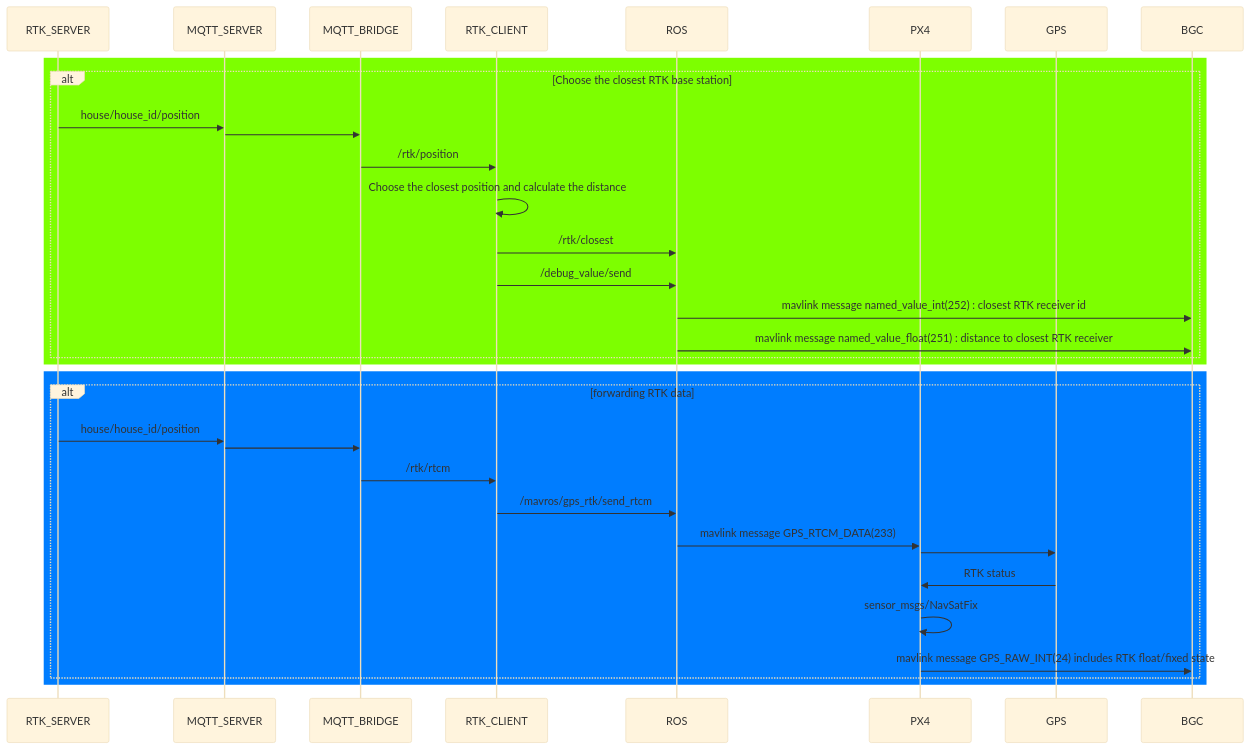
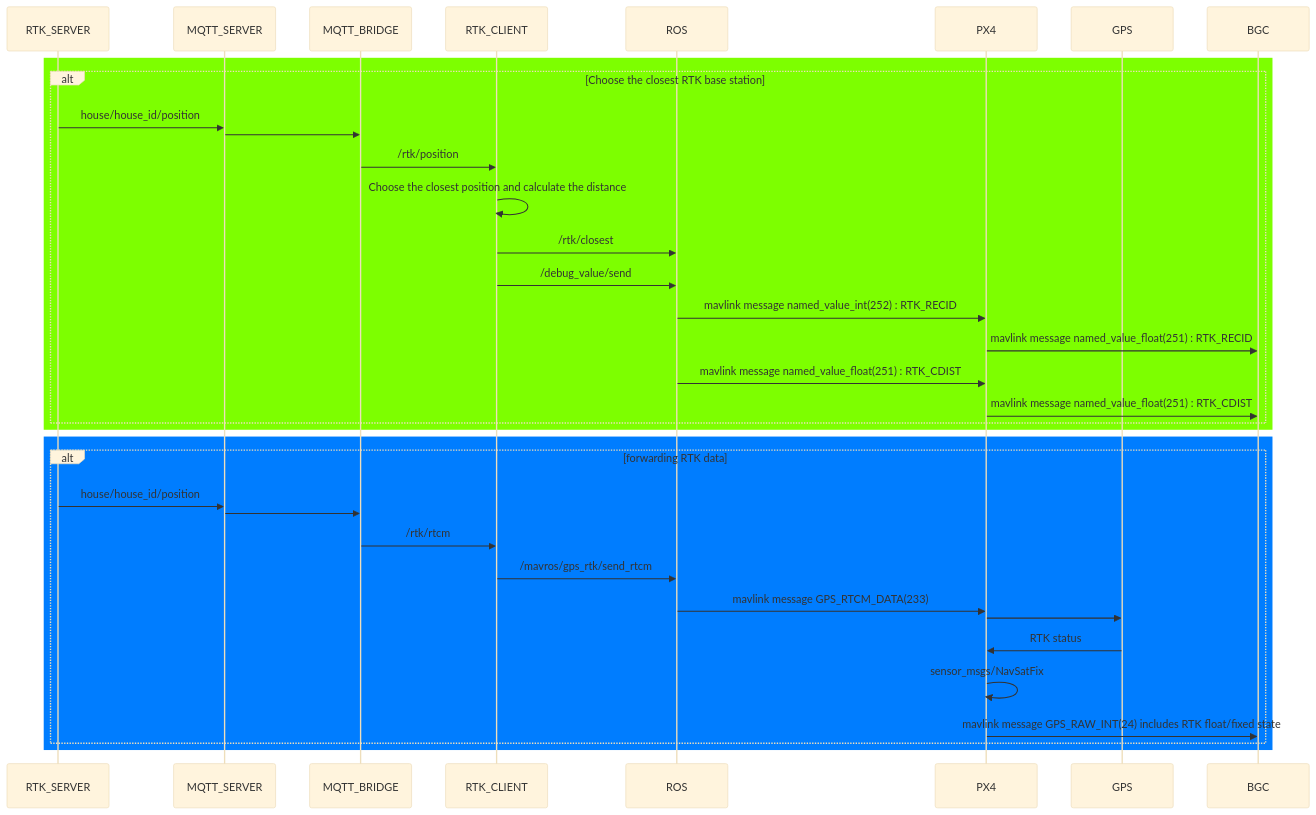
One commit to coccobas/DocuConversionNotion changed the diagram in source/drones/rtk.mmd. Above: the diagram before and after it, drawn with Mermaid (base theme).

Commit message:
update px4 msg handle for rtk

```diff
--- a/source/drones/rtk.mmd
+++ b/source/drones/rtk.mmd
@@ -1,36 +1,38 @@
 sequenceDiagram
     participant RS as RTK_SERVER
     participant MS as MQTT_SERVER
     participant MB as MQTT_BRIDGE
     participant RC as RTK_CLIENT
     participant ROS
     participant PX4
     participant GPS
     participant BGC
 
     rect rgb(125, 255, 0)
     alt Choose the closest RTK base station
         RS ->> MS: house/house_id/position
         MS ->> MB: 
         MB ->> RC: /rtk/position
         RC ->> RC: Choose the closest position and calculate the distance
         RC ->> ROS: /rtk/closest
         RC ->> ROS: /debug_value/send
-        ROS ->> BGC: mavlink message named_value_int(252) : closest RTK receiver id
-        ROS ->> BGC: mavlink message named_value_float(251) : distance to closest RTK receiver 
+        ROS ->> PX4: mavlink message named_value_int(252) : RTK_RECID
+        PX4 ->> BGC: mavlink message named_value_float(251) : RTK_RECID
+        ROS ->> PX4: mavlink message named_value_float(251) : RTK_CDIST 
+        PX4 ->> BGC: mavlink message named_value_float(251) : RTK_CDIST
     end
     end
 
     rect rgb(0, 125, 255)
     alt forwarding RTK data
         RS ->> MS: house/house_id/position
         MS ->> MB: 
         MB ->> RC: /rtk/rtcm
         RC ->> ROS: /mavros/gps_rtk/send_rtcm
         ROS ->> PX4: mavlink message GPS_RTCM_DATA(233)
         PX4 ->> GPS: 
         GPS ->> PX4: RTK status
         PX4 ->> PX4: sensor_msgs/NavSatFix
         PX4 ->> BGC: mavlink message GPS_RAW_INT(24) includes RTK float/fixed state
     end
     end
```
